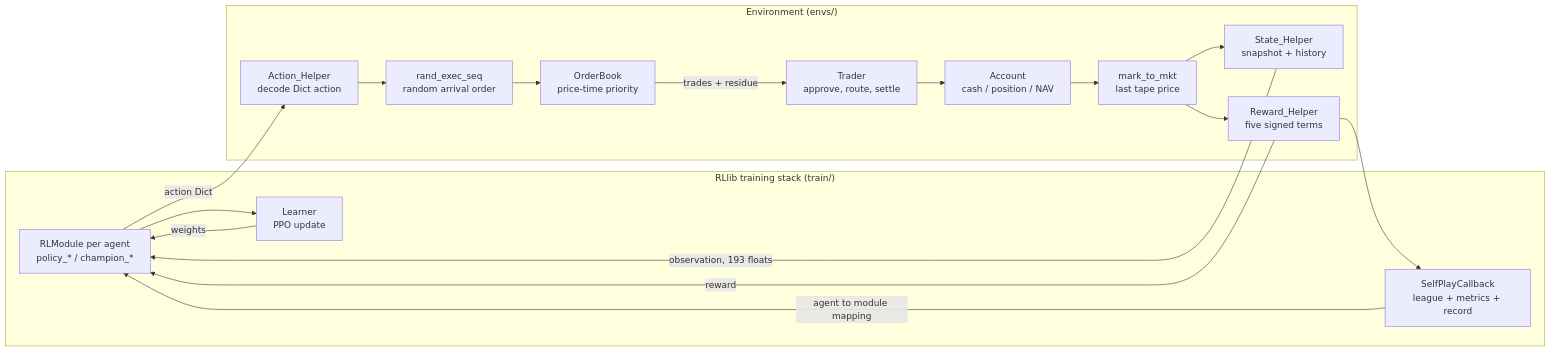
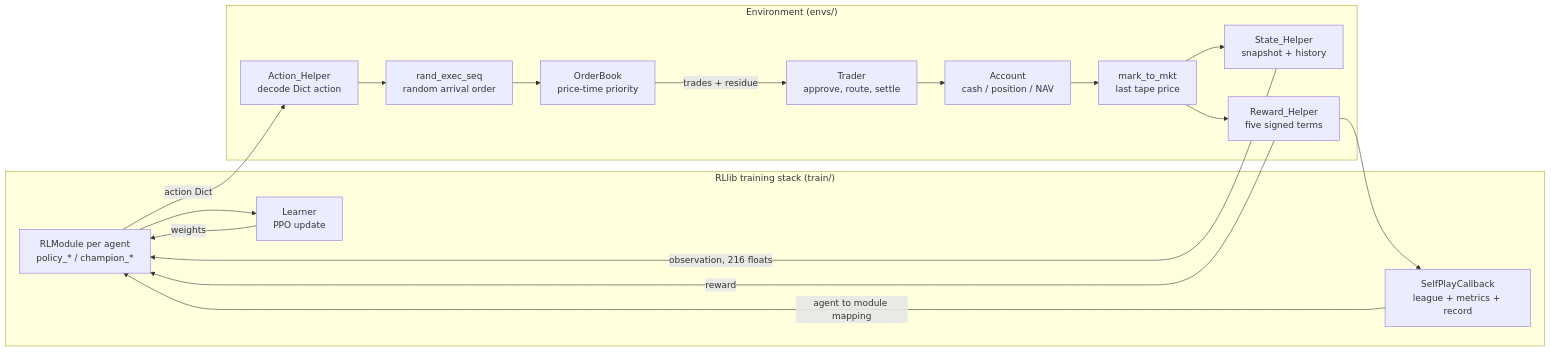
Before and after one commit to ChuaCheowHuan/gym-continuousDoubleAuction: the first of 2 diagrams in README.md, drawn with Mermaid. The commit also changed 42 other files, not shown here.

````diff
--- a/README.md
+++ b/README.md
@@ -16,33 +16,33 @@
 ```mermaid
 flowchart LR
     subgraph RL["RLlib training stack (train/)"]
         POL["RLModule per agent<br/>policy_* / champion_*"]
         LRN["Learner<br/>PPO update"]
         CB["SelfPlayCallback<br/>league + metrics + record"]
     end
 
     subgraph ENV["Environment (envs/)"]
         ACT["Action_Helper<br/>decode Dict action"]
         SHUF["rand_exec_seq<br/>random arrival order"]
         LOB["OrderBook<br/>price-time priority"]
         TRD["Trader<br/>approve, route, settle"]
         ACC["Account<br/>cash / position / NAV"]
         MTM["mark_to_mkt<br/>last tape price"]
         OBS["State_Helper<br/>snapshot + history"]
         REW["Reward_Helper<br/>five signed terms"]
     end
 
     POL -->|"action Dict"| ACT
     ACT --> SHUF --> LOB
     LOB -->|"trades + residue"| TRD
     TRD --> ACC
     ACC --> MTM
     MTM --> OBS
     MTM --> REW
-    OBS -->|"observation, 193 floats"| POL
+    OBS -->|"observation, 216 floats"| POL
     REW -->|"reward"| POL
     REW --> CB
     CB -->|"agent to module mapping"| POL
     POL --> LRN
     LRN -->|"weights"| POL
 ```
````
